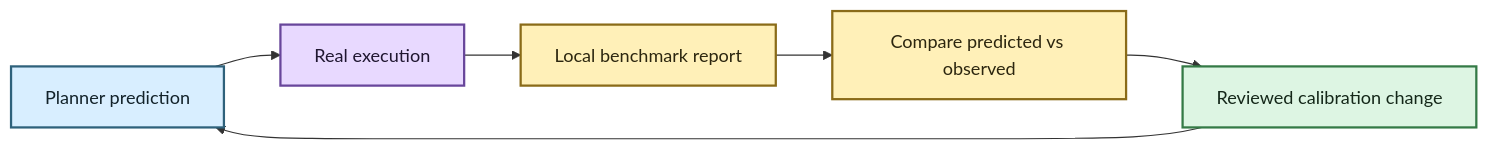
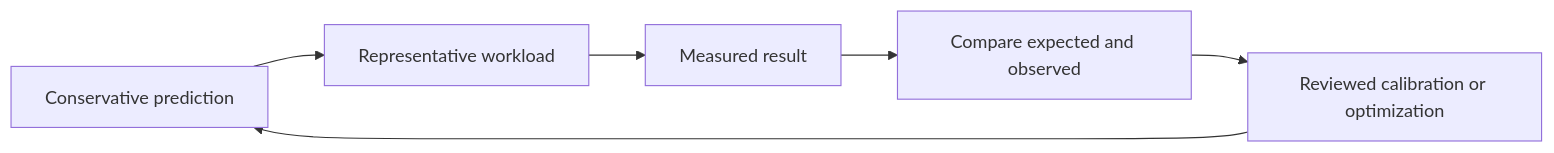
One commit to SSD1805/EchoFlow changed the diagram in docs/development/benchmarking.md. Above: the diagram before and after it, drawn with Mermaid. The commit also changed other lines of this file, not shown here.

````diff
--- a/docs/development/benchmarking.md
+++ b/docs/development/benchmarking.md
@@ -41,18 +46,8 @@
 ```mermaid
 flowchart LR
-    A[Planner prediction] --> B[Real execution]
-    B --> C[Local benchmark report]
-    C --> D[Compare predicted vs observed]
-    D --> E[Reviewed calibration change]
+    A[Conservative prediction] --> B[Representative workload]
+    B --> C[Measured result]
+    C --> D[Compare expected and observed]
+    D --> E[Reviewed calibration or optimization]
     E --> A
-
-    classDef predict fill:#D8EEFF,stroke:#2E617B,stroke-width:2px,color:#12222A
-    classDef measure fill:#E8D9FF,stroke:#68469B,stroke-width:2px,color:#1F1630
-    classDef evidence fill:#FFF0B8,stroke:#8A6B18,stroke-width:2px,color:#2C260F
-    classDef policy fill:#DDF5E3,stroke:#347A46,stroke-width:2px,color:#142719
-
-    class A predict
-    class B measure
-    class C,D evidence
-    class E policy
 ```
````
